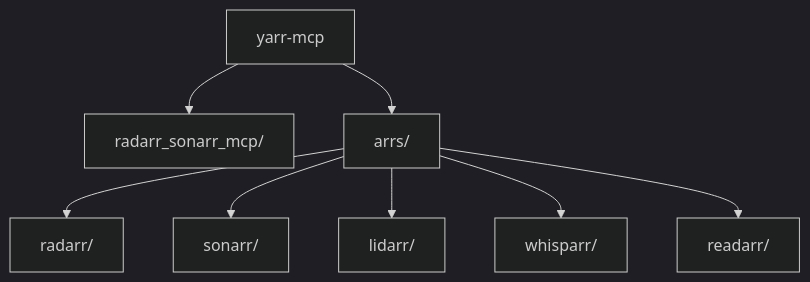
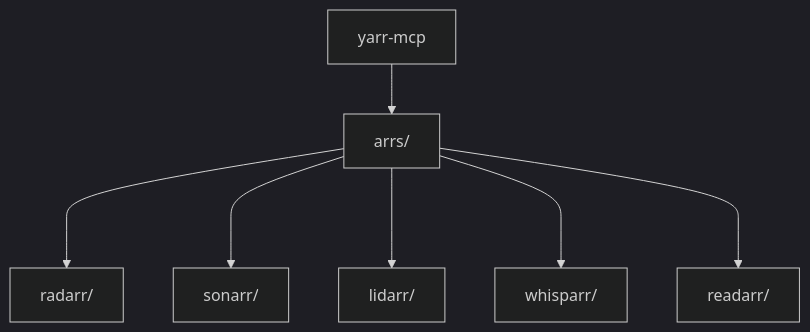
The diagram in README.md (ai-Ev1lC0rP/yarr-mcp), drawn with Mermaid (dark theme) before and after one commit.

Commit message:
docs: simplify architecture diagram

````diff
--- a/README.md
+++ b/README.md
@@ -87,11 +87,10 @@
 ```mermaid
 flowchart TD
     Yarr[yarr-mcp]
-    Yarr --> Server[radarr_sonarr_mcp/]
     Yarr --> ARR[arrs/]
-    ARR --> Radarr[radarr/]
-    ARR --> Sonarr[sonarr/]
-    ARR --> Lidarr[lidarr/]
-    ARR --> Whisparr[whisparr/]
-    ARR --> Readarr[readarr/]
+    ARR ---> Radarr[radarr/]
+    ARR ---> Sonarr[sonarr/]
+    ARR ---> Lidarr[lidarr/]
+    ARR ---> Whisparr[whisparr/]
+    ARR ---> Readarr[readarr/]
 ```
````
